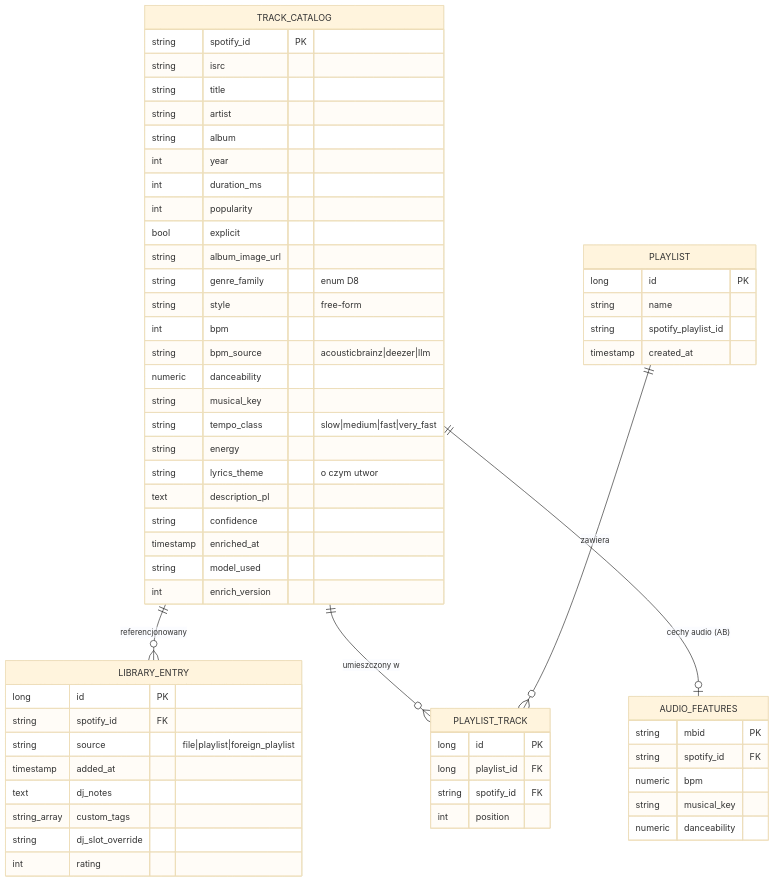
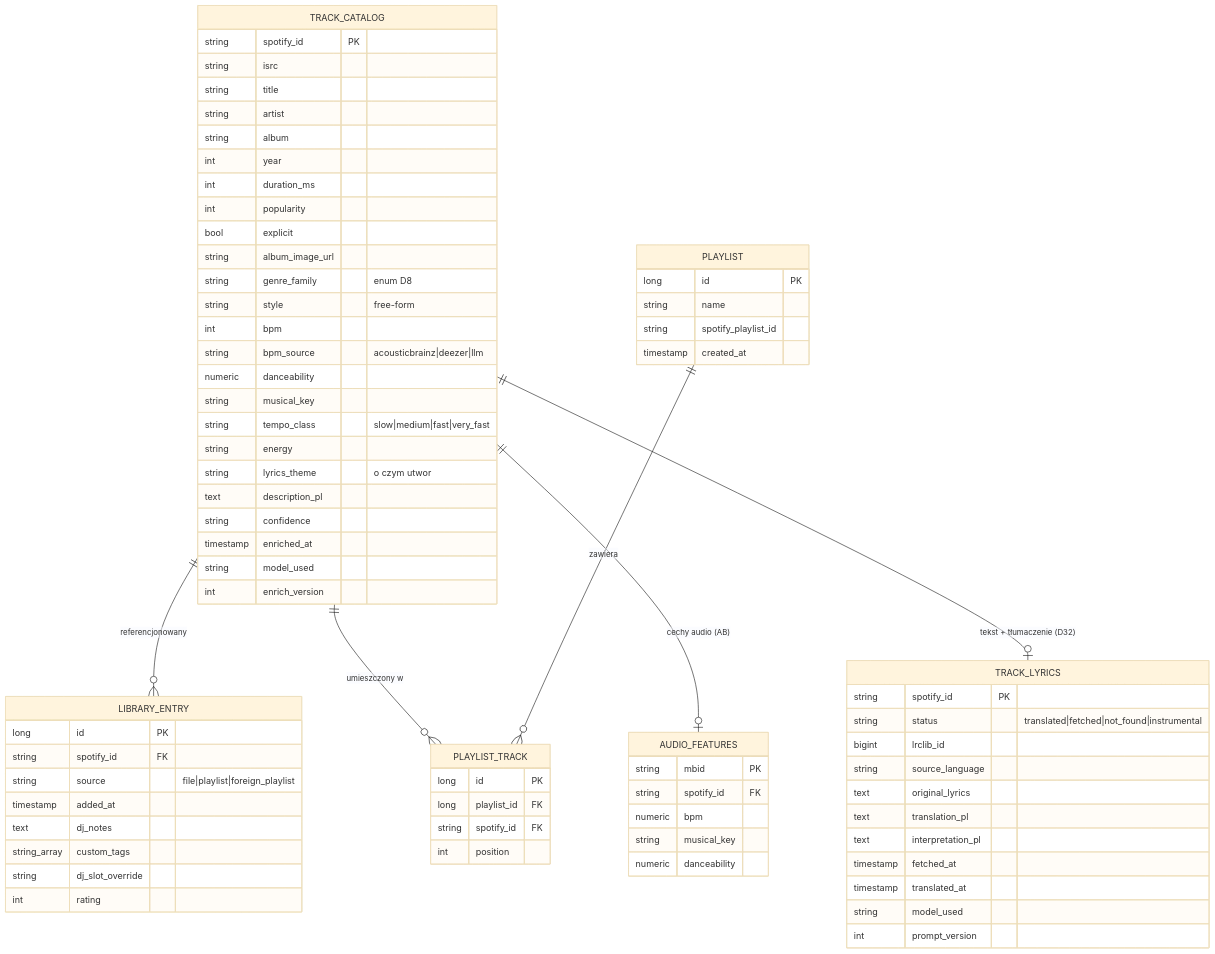
Before and after one commit to pgoogol/music-view: the first of 3 diagrams in docs/PLAN.md, drawn with Mermaid (base theme). The commit also changed other lines of this file and 62 other files, not shown here.

````diff
--- a/docs/PLAN.md
+++ b/docs/PLAN.md
@@ -12,67 +12,82 @@
 ```mermaid
 erDiagram
     TRACK_CATALOG ||--o{ LIBRARY_ENTRY : "referencjonowany"
     TRACK_CATALOG ||--o{ PLAYLIST_TRACK : "umieszczony w"
     TRACK_CATALOG ||--o| AUDIO_FEATURES : "cechy audio (AB)"
+    TRACK_CATALOG ||--o| TRACK_LYRICS : "tekst + tłumaczenie (D32)"
     PLAYLIST ||--o{ PLAYLIST_TRACK : "zawiera"
 
     TRACK_CATALOG {
         string spotify_id PK
         string isrc
         string title
         string artist
         string album
         int year
         int duration_ms
         int popularity
         bool explicit
         string album_image_url
         string genre_family "enum D8"
         string style "free-form"
         int bpm
         string bpm_source "acousticbrainz|deezer|llm"
         numeric danceability
         string musical_key
         string tempo_class "slow|medium|fast|very_fast"
         string energy
         string lyrics_theme "o czym utwor"
         text description_pl
         string confidence
         timestamp enriched_at
         string model_used
         int enrich_version
+    }
+
+    TRACK_LYRICS {
+        string spotify_id PK
+        string status "translated|fetched|not_found|instrumental"
+        bigint lrclib_id
+        string source_language
+        text original_lyrics
+        text translation_pl
+        text interpretation_pl
+        timestamp fetched_at
+        timestamp translated_at
+        string model_used
+        int prompt_version
     }
 
     AUDIO_FEATURES {
         string mbid PK
         string spotify_id FK
         numeric bpm
         string musical_key
         numeric danceability
     }
 
     LIBRARY_ENTRY {
         long id PK
         string spotify_id FK
         string source "file|playlist|foreign_playlist"
         timestamp added_at
         text dj_notes
         string_array custom_tags
         string dj_slot_override
         int rating
     }
 
     PLAYLIST {
         long id PK
         string name
         string spotify_playlist_id
         timestamp created_at
     }
 
     PLAYLIST_TRACK {
         long id PK
         long playlist_id FK
         string spotify_id FK
         int position
     }
 ```
````
